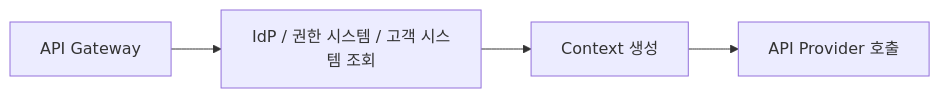
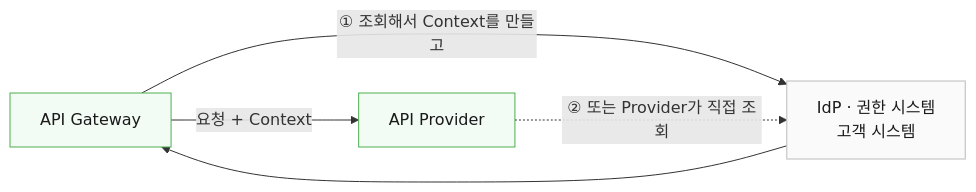
The ninth of 12 diagrams in 모던 데이터 아키텍처/17장. 보안과 접근 제어.md (i31pc17/bitbook), drawn with Mermaid before and after one commit. The commit also changed other lines of this file, not shown here.

````diff
--- a/모던 데이터 아키텍처/17장. 보안과 접근 제어.md
+++ b/모던 데이터 아키텍처/17장. 보안과 접근 제어.md
@@ -831,4 +879,15 @@
 ```mermaid
 flowchart LR
-    n0["API Gateway"] --> n1["IdP / 권한 시스템 / 고객 시스템 조회"] --> n2["Context 생성"] --> n3["API Provider 호출"]
+    GW["API Gateway"]
+    SRC["IdP · 권한 시스템<br/>고객 시스템"]
+    PRV["API Provider"]
+
+    GW -- "① 조회해서 Context를 만들고" --> SRC
+    SRC --> GW
+    GW -- "요청 + Context" --> PRV
+    PRV -. "② 또는 Provider가 직접 조회" .-> SRC
+
+    style GW fill:#f2fbf4,stroke:#4caf50,color:#1a1a1a
+    style PRV fill:#f2fbf4,stroke:#4caf50,color:#1a1a1a
+    style SRC fill:#fafafa,stroke:#bbb,color:#1a1a1a
 ```
````
